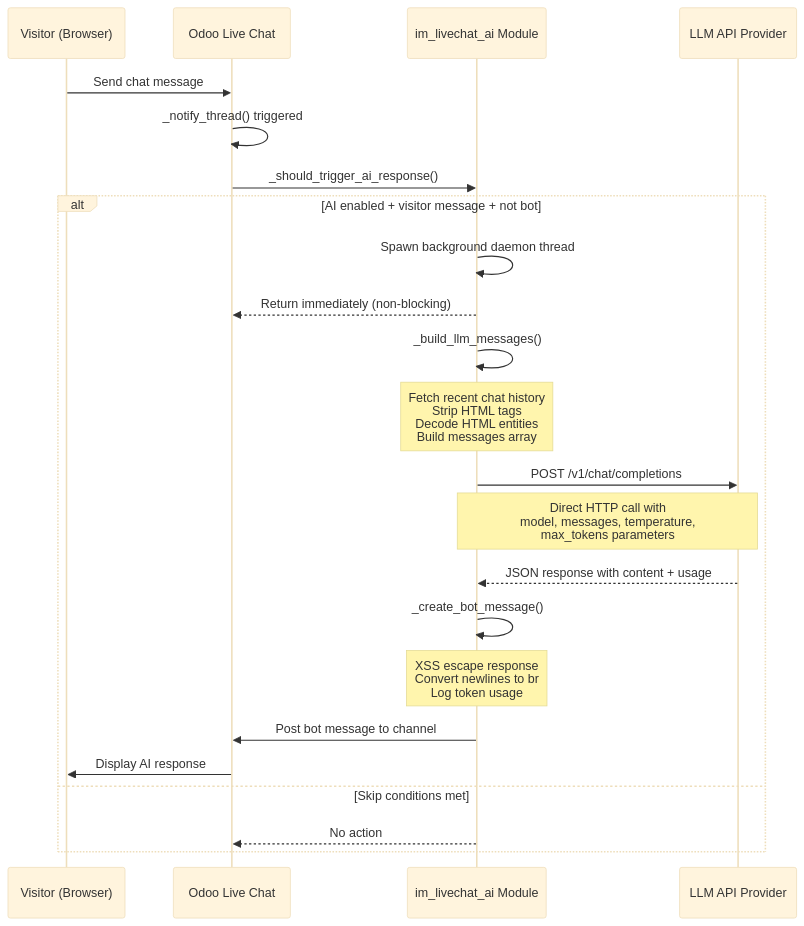
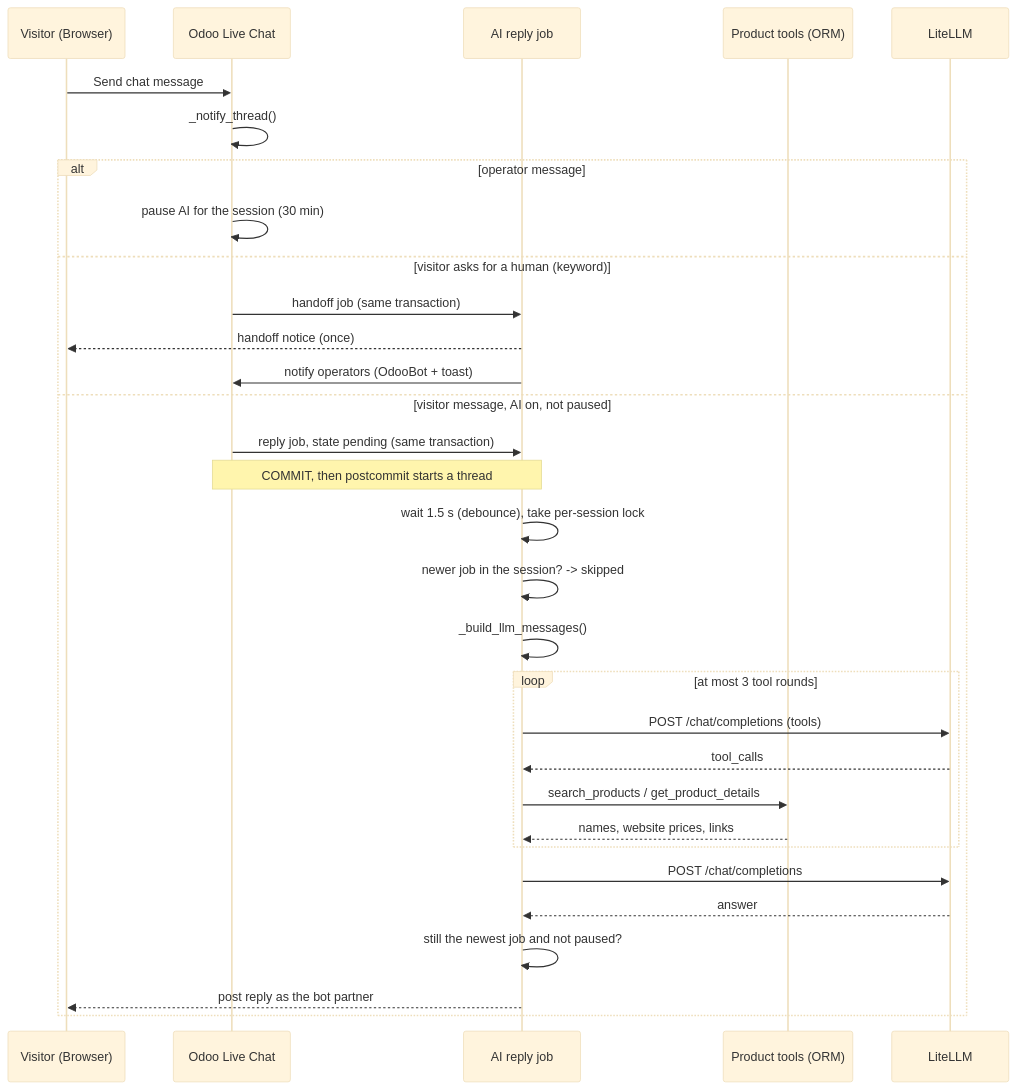
One commit to WOOWTECH/Woow_odoo_ai_livechat changed the first of 2 diagrams in README.md. Above: the diagram before and after it, drawn with Mermaid (base theme). The commit also changed other lines of this file and 137 other files, not shown here.

````diff
--- a/README.md
+++ b/README.md
@@ -78,32 +112,34 @@
 ```mermaid
 sequenceDiagram
     participant V as Visitor (Browser)
     participant O as Odoo Live Chat
-    participant AI as im_livechat_ai Module
-    participant LLM as LLM API Provider
+    participant J as AI reply job
+    participant T as Product tools (ORM)
+    participant LLM as LiteLLM
 
     V->>O: Send chat message
-    O->>O: _notify_thread() triggered
-    O->>AI: _should_trigger_ai_response()
-
-    alt AI enabled + visitor message + not bot
-        AI->>AI: Spawn background daemon thread
-        AI-->>O: Return immediately (non-blocking)
-
-        AI->>AI: _build_llm_messages()
-        Note over AI: Fetch recent chat history<br/>Strip HTML tags<br/>Decode HTML entities<br/>Build messages array
-
-        AI->>LLM: POST /v1/chat/completions
-        Note over AI,LLM: Direct HTTP call with<br/>model, messages, temperature,<br/>max_tokens parameters
-
-        LLM-->>AI: JSON response with content + usage
-
-        AI->>AI: _create_bot_message()
-        Note over AI: XSS escape response<br/>Convert newlines to br<br/>Log token usage
-
-        AI->>O: Post bot message to channel
-        O->>V: Display AI response
-    else Skip conditions met
-        AI-->>O: No action
+    O->>O: _notify_thread()
+    alt operator message
+        O->>O: pause AI for the session (30 min)
+    else visitor asks for a human (keyword)
+        O->>J: handoff job (same transaction)
+        J-->>V: handoff notice (once)
+        J->>O: notify operators (OdooBot + toast)
+    else visitor message, AI on, not paused
+        O->>J: reply job, state pending (same transaction)
+        Note over O,J: COMMIT, then postcommit starts a thread
+        J->>J: wait 1.5 s (debounce), take per-session lock
+        J->>J: newer job in the session? -> skipped
+        J->>J: _build_llm_messages()
+        loop at most 3 tool rounds
+            J->>LLM: POST /chat/completions (tools)
+            LLM-->>J: tool_calls
+            J->>T: search_products / get_product_details
+            T-->>J: names, website prices, links
+        end
+        J->>LLM: POST /chat/completions
+        LLM-->>J: answer
+        J->>J: still the newest job and not paused?
+        J-->>V: post reply as the bot partner
     end
 ```
````
